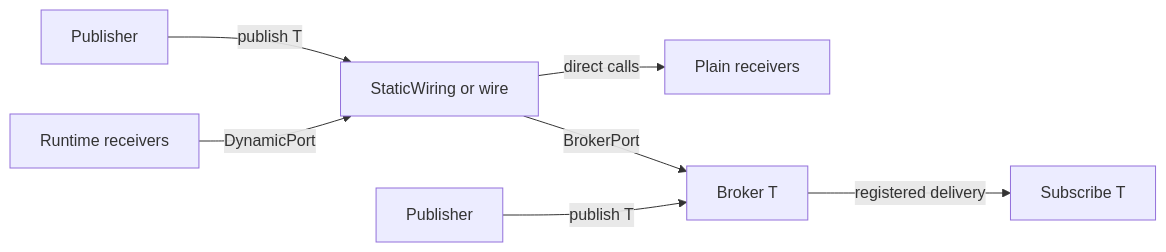
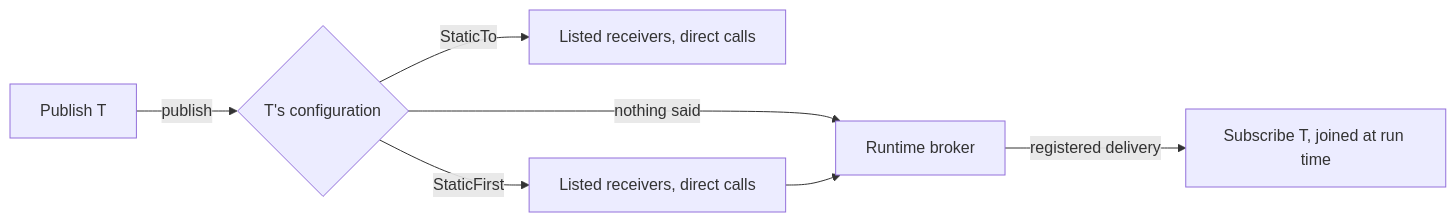
One commit to CraigHutchinson/Sub0Pub changed the diagram in docs/USAGE.md. Above: the diagram before and after it, drawn with Mermaid. The commit also changed other lines of this file and 51 other files, not shown here.

First line of the commit message:
Remove the Publisher mixin and DynamicPort

````diff
--- a/docs/USAGE.md
+++ b/docs/USAGE.md
@@ -6,9 +7,9 @@
 ```mermaid
 flowchart LR
-    P1[Publisher] -->|publish T| W[StaticWiring or wire]
-    W -->|direct calls| R[Plain receivers]
-    P2[Publisher] -->|publish T| B[Broker T]
-    B -->|registered delivery| S[Subscribe T]
-    D[Runtime receivers] -->|DynamicPort| W
-    W -->|BrokerPort| B
+    P[Publish T] -->|publish| C{T's configuration}
+    C -->|nothing said| B[Runtime broker]
+    C -->|StaticTo| R[Listed receivers, direct calls]
+    C -->|StaticFirst| F[Listed receivers, direct calls]
+    F --> B
+    B -->|registered delivery| S[Subscribe T, joined at run time]
 ```
````
